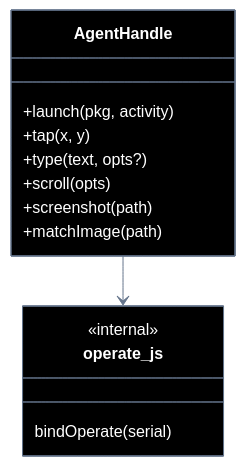
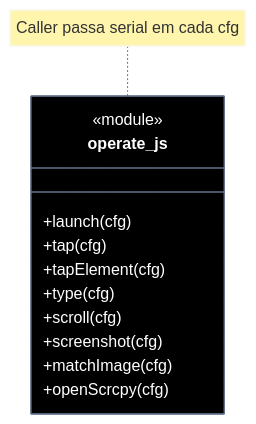
Before and after one commit to laerciogermano/workstation: the second of 2 diagrams in screen-robot/implementation-plan/EP-04-operar-tela.md, drawn with Mermaid. The commit also changed other lines of this file and 49 other files, not shown here.

````diff
--- a/screen-robot/implementation-plan/EP-04-operar-tela.md
+++ b/screen-robot/implementation-plan/EP-04-operar-tela.md
@@ -240,41 +231,40 @@
 ```mermaid
 ---
 config:
   theme: base
   themeVariables:
     darkMode: true
     background: '#000000'
     primaryColor: '#000000'
     primaryTextColor: '#ffffff'
     primaryBorderColor: '#64748b'
     secondaryColor: '#000000'
     secondaryTextColor: '#ffffff'
     secondaryBorderColor: '#64748b'
     tertiaryColor: '#000000'
     tertiaryTextColor: '#ffffff'
     tertiaryBorderColor: '#64748b'
     lineColor: '#64748b'
     textColor: '#ffffff'
     mainBkg: '#000000'
     nodeBorder: '#64748b'
     clusterBkg: '#000000'
     clusterBorder: '#333333'
     titleColor: '#ffffff'
     classText: '#ffffff'
 ---
 classDiagram
   direction TB
-  class AgentHandle {
-    +launch(pkg, activity)
-    +tap(x, y)
-    +type(text, opts?)
-    +scroll(opts)
-    +screenshot(path)
-    +matchImage(path)
+  class operate_js {
+    <<module>>
+    +launch(cfg)
+    +tap(cfg)
+    +tapElement(cfg)
+    +type(cfg)
+    +scroll(cfg)
+    +screenshot(cfg)
+    +matchImage(cfg)
+    +openScrcpy(cfg)
   }
-  class operate_js {
-    <<internal>>
-    bindOperate(serial)
-  }
-  AgentHandle --> operate_js
+  note for operate_js "Caller passa serial em cada cfg"
 ```
````
